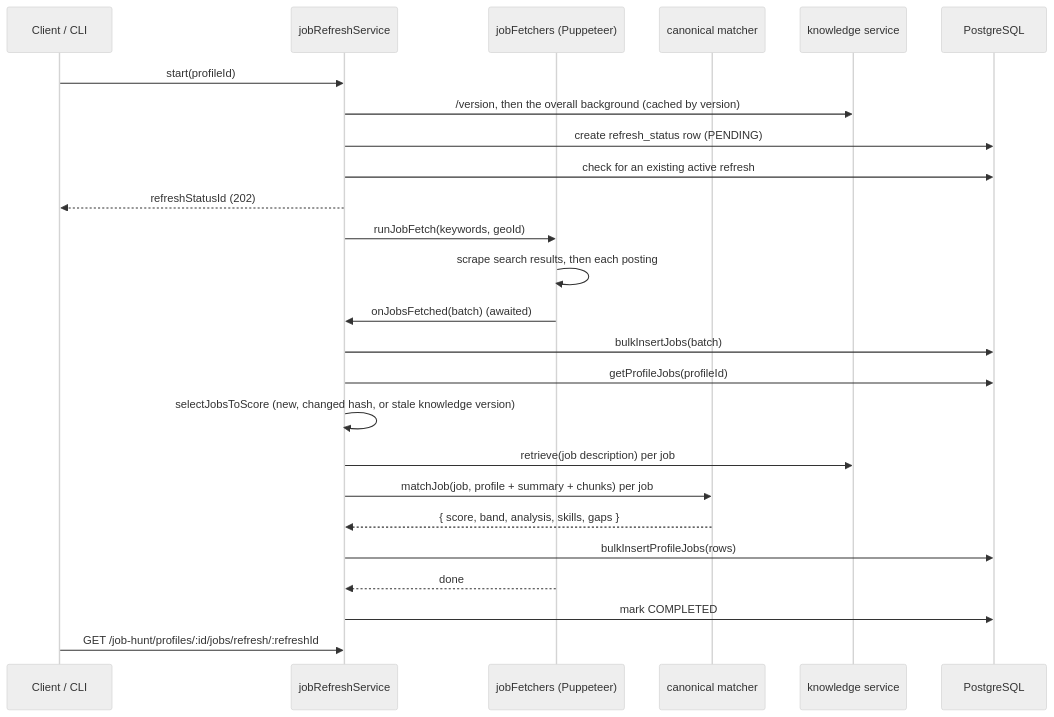
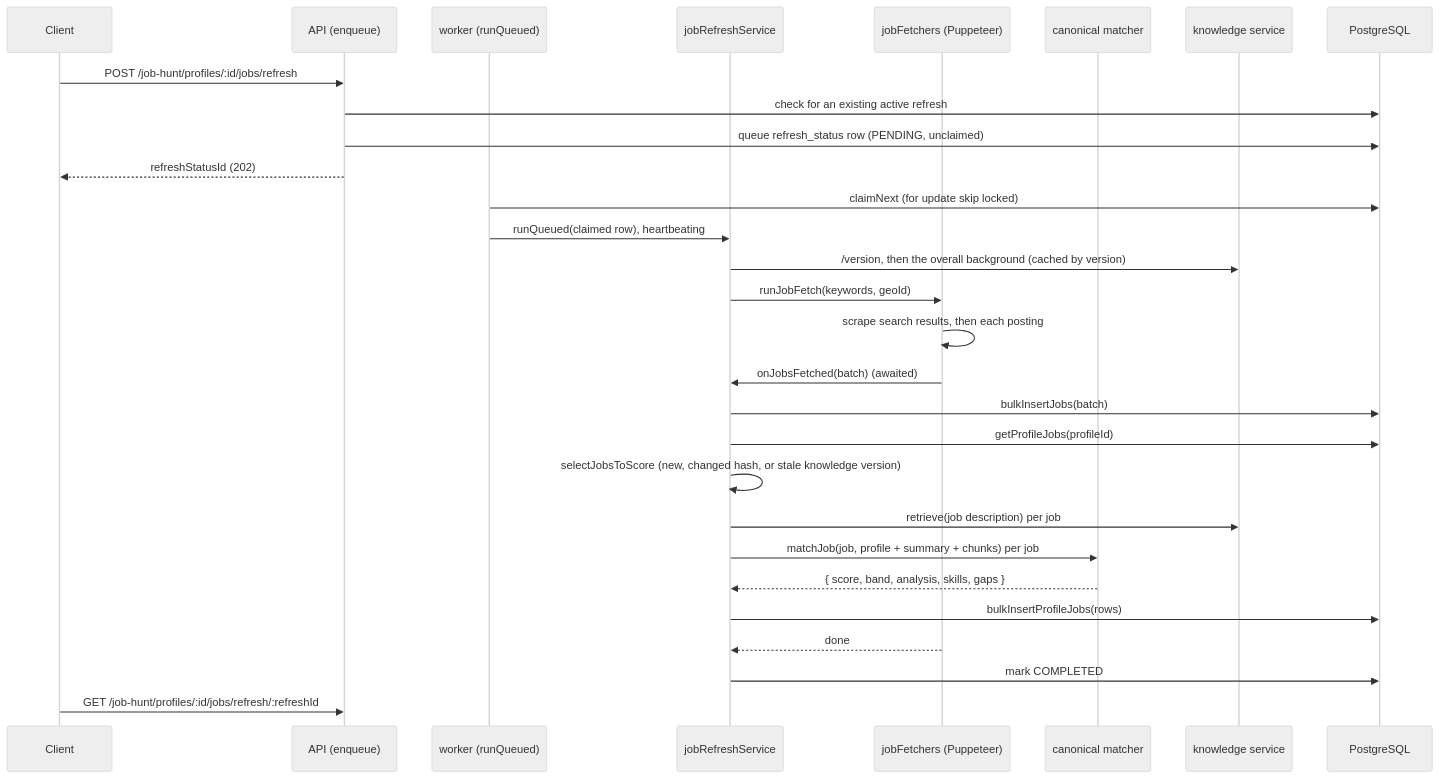
Before and after one commit to raymanguino/six7swe: the second of 2 diagrams in docs/architecture.md, drawn with Mermaid (neutral theme). The commit also changed other lines of this file and 4 other files, not shown here.

First line of the commit message:
docs: refreshes run on the scraper worker (#264)

````diff
--- a/docs/architecture.md
+++ b/docs/architecture.md
@@ -324,28 +328,32 @@
 ```mermaid
 sequenceDiagram
-  participant C as Client / CLI
+  participant C as Client
+  participant A as API (enqueue)
+  participant W as worker (runQueued)
   participant S as jobRefreshService
   participant F as jobFetchers (Puppeteer)
   participant M as canonical matcher
   participant K as knowledge service
   participant D as PostgreSQL
 
-  C->>S: start(profileId)
+  C->>A: POST /job-hunt/profiles/:id/jobs/refresh
+  A->>D: check for an existing active refresh
+  A->>D: queue refresh_status row (PENDING, unclaimed)
+  A-->>C: refreshStatusId (202)
+  W->>D: claimNext (for update skip locked)
+  W->>S: runQueued(claimed row), heartbeating
   S->>K: /version, then the overall background (cached by version)
-  S->>D: create refresh_status row (PENDING)
-  S->>D: check for an existing active refresh
-  S-->>C: refreshStatusId (202)
   S->>F: runJobFetch(keywords, geoId)
   F->>F: scrape search results, then each posting
   F->>S: onJobsFetched(batch)  (awaited)
   S->>D: bulkInsertJobs(batch)
   S->>D: getProfileJobs(profileId)
   S->>S: selectJobsToScore (new, changed hash, or stale knowledge version)
   S->>K: retrieve(job description) per job
   S->>M: matchJob(job, profile + summary + chunks) per job
   M-->>S: { score, band, analysis, skills, gaps }
   S->>D: bulkInsertProfileJobs(rows)
   F-->>S: done
   S->>D: mark COMPLETED
-  C->>S: GET /job-hunt/profiles/:id/jobs/refresh/:refreshId
+  C->>A: GET /job-hunt/profiles/:id/jobs/refresh/:refreshId
 ```
````
